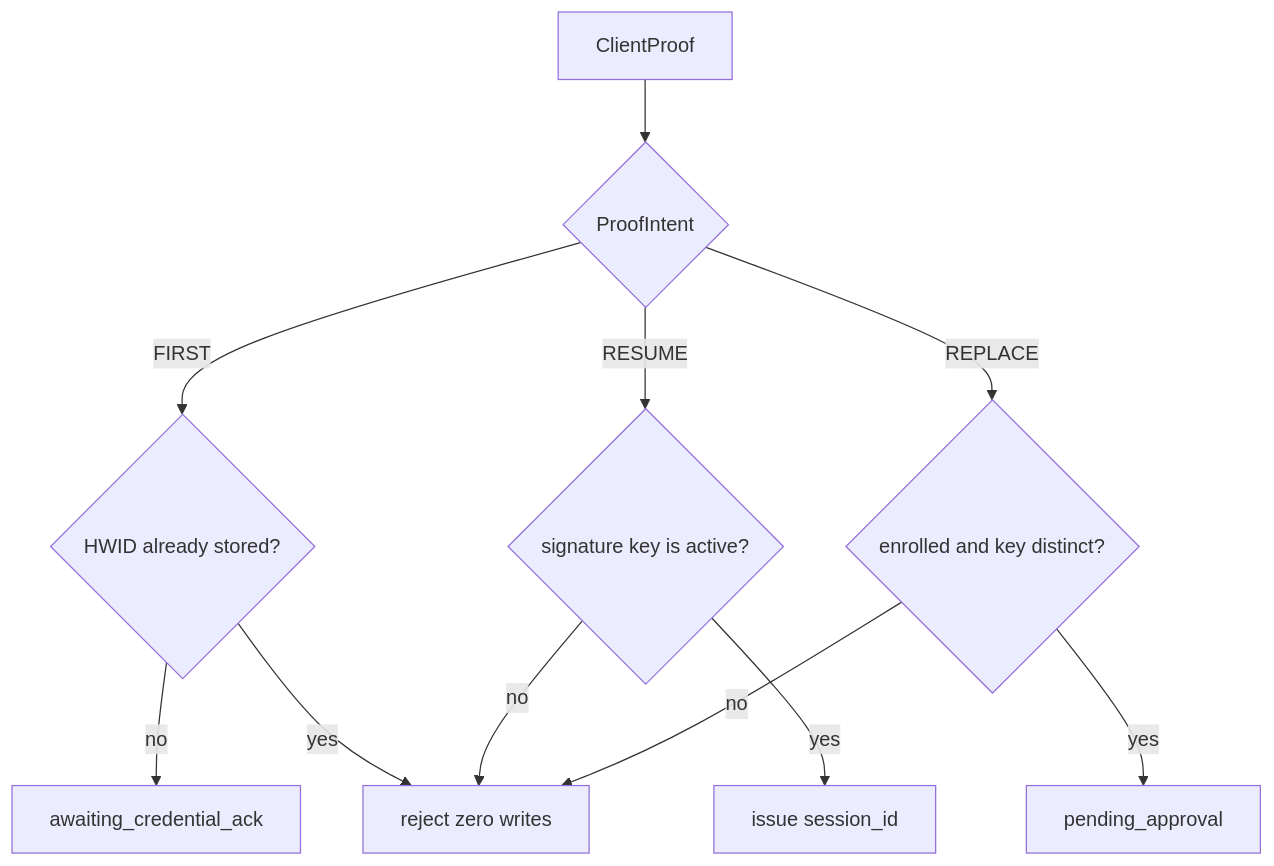
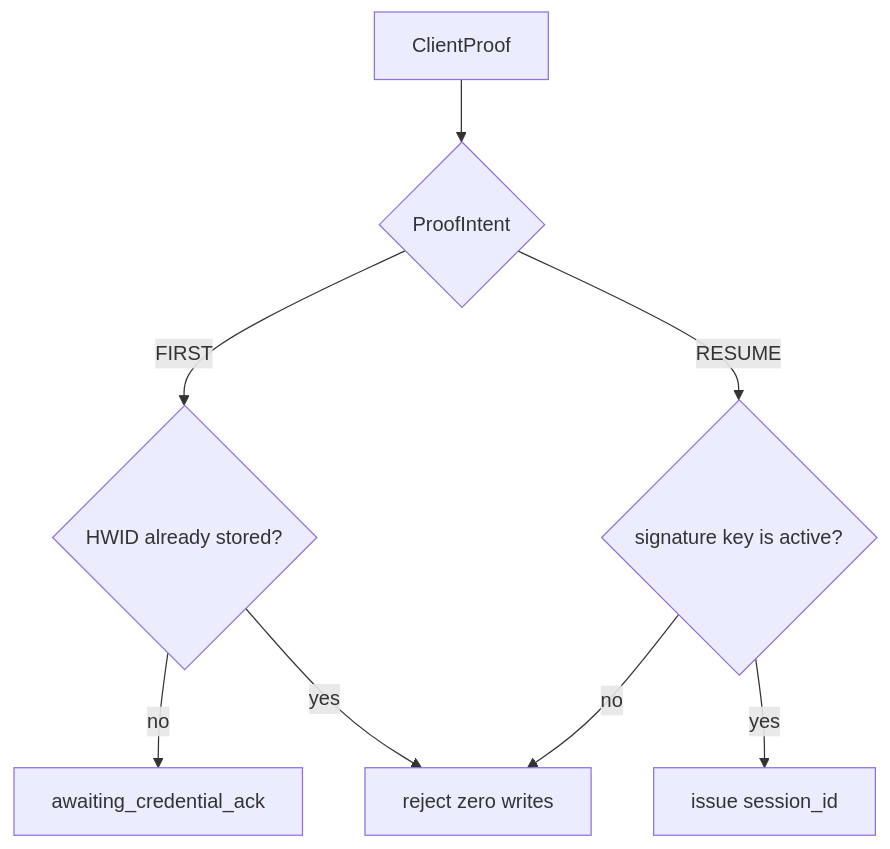
The second of 3 diagrams in docs/adr/0038-unified-ordinary-wss-device-control-authority.md (4o3F/Natsume), drawn with Mermaid before and after one commit. The commit also changed other lines of this file and 35 other files, not shown here.

````diff
--- a/docs/adr/0038-unified-ordinary-wss-device-control-authority.md
+++ b/docs/adr/0038-unified-ordinary-wss-device-control-authority.md
@@ -127,14 +120,11 @@
 ```mermaid
 flowchart TD
     proof[ClientProof]
     proof --> intent{ProofIntent}
     intent -->|FIRST| firstHwid{HWID already stored?}
     firstHwid -->|no| firstAck[awaiting_credential_ack]
     firstHwid -->|yes| reject[reject zero writes]
     intent -->|RESUME| resumeKey{signature key is active?}
     resumeKey -->|yes| lease[issue session_id]
     resumeKey -->|no| reject
-    intent -->|REPLACE| replaceGate{enrolled and key distinct?}
-    replaceGate -->|yes| pending[pending_approval]
-    replaceGate -->|no| reject
 ```
````
